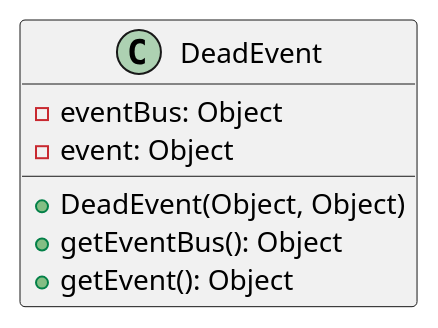
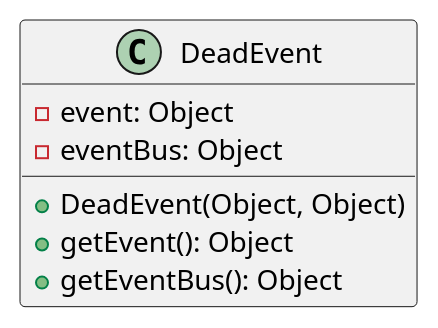
The diagram in malokhvii-eduard/malokhvii05/doc/plantuml/ua/khpi/oop/malokhvii05/common/eventbus/publish/DeadEvent.puml (P-Kalin/kit26a), drawn with PlantUML before and after one commit. The commit also changed other lines of this file and 85 other files, not shown here.

Commit message:
#3 malokhvii05: update graphs

```diff
--- a/malokhvii-eduard/malokhvii05/doc/plantuml/ua/khpi/oop/malokhvii05/common/eventbus/publish/DeadEvent.puml
+++ b/malokhvii-eduard/malokhvii05/doc/plantuml/ua/khpi/oop/malokhvii05/common/eventbus/publish/DeadEvent.puml
@@ -1,11 +1,11 @@
 @startuml
 
     class DeadEvent {
+        -event: Object
         -eventBus: Object
-        -event: Object
         +DeadEvent(Object, Object)
+        +getEvent(): Object
         +getEventBus(): Object
-        +getEvent(): Object
     }
 
 @enduml
```
